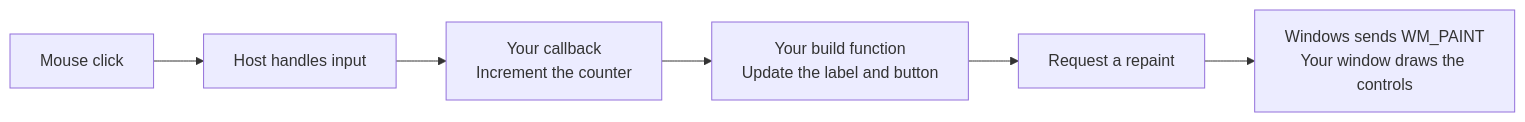
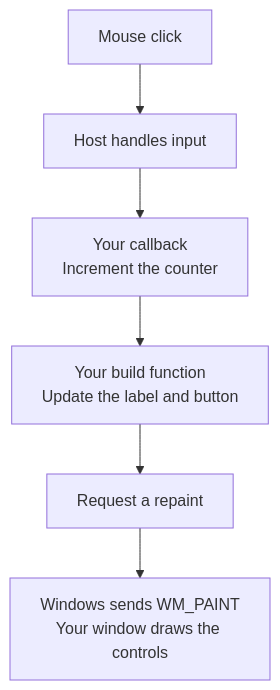
The second of 2 diagrams in README.md (live-sound/slim-ui), drawn with Mermaid before and after one commit. The commit also changed other lines of this file and 23 other files, not shown here.

````diff
--- a/README.md
+++ b/README.md
@@ -80,8 +244,8 @@
 ```mermaid
-flowchart LR
+flowchart TB
     click["Mouse click"] --> input["Host handles input"]
     input --> callback["Your callback<br/>Increment the counter"]
     callback --> build["Your build function<br/>Update the label and button"]
     build --> repaint["Request a repaint"]
     repaint --> paint["Windows sends WM_PAINT<br/>Your window draws the controls"]
 ```
````
